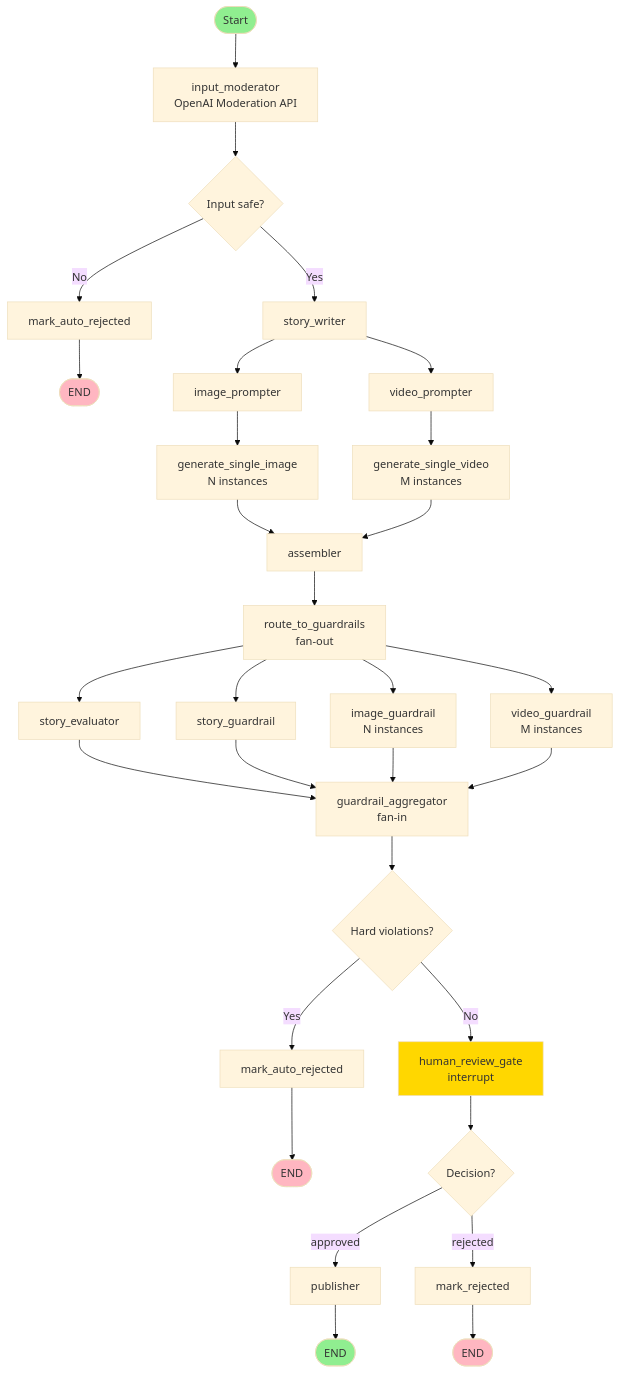
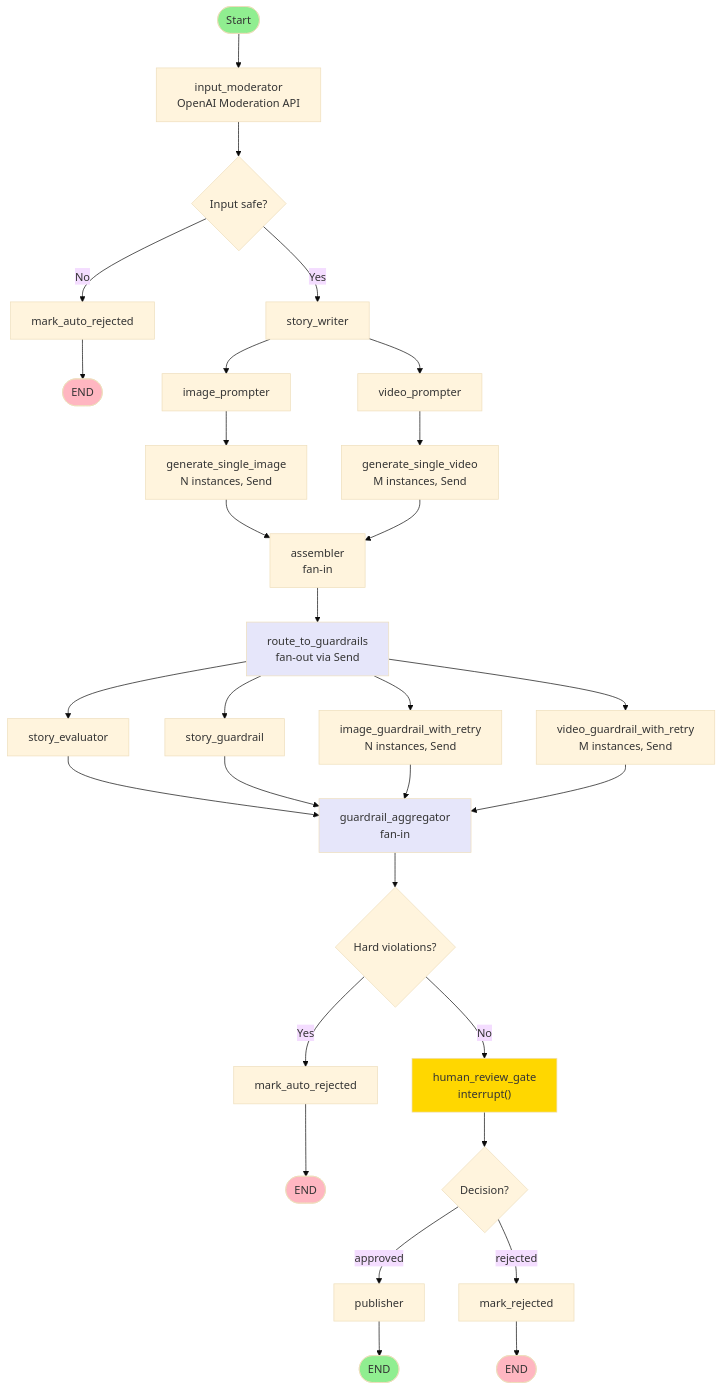
Before and after one commit to kanavkalra-in/kids_story_agent: the second of 2 diagrams in docs/architecture.md, drawn with Mermaid (base theme). The commit also changed other lines of this file and 3 other files, not shown here.

````diff
--- a/docs/architecture.md
+++ b/docs/architecture.md
@@ -76,47 +80,49 @@
 ```mermaid
 graph TB
     START([Start]) --> INPUT["input_moderator<br/>OpenAI Moderation API"]
     INPUT --> CHECK_INPUT{"Input safe?"}
     CHECK_INPUT -->|No| AUTO_REJECT1["mark_auto_rejected"]
     CHECK_INPUT -->|Yes| STORY["story_writer"]
     AUTO_REJECT1 --> END1([END])
     
     STORY --> IMG_PROMPT["image_prompter"]
     STORY --> VID_PROMPT["video_prompter"]
     
-    IMG_PROMPT --> IMG_GEN["generate_single_image<br/>N instances"]
-    VID_PROMPT --> VID_GEN["generate_single_video<br/>M instances"]
+    IMG_PROMPT --> IMG_GEN["generate_single_image<br/>N instances, Send"]
+    VID_PROMPT --> VID_GEN["generate_single_video<br/>M instances, Send"]
     
-    IMG_GEN --> ASSEMBLER["assembler"]
+    IMG_GEN --> ASSEMBLER["assembler<br/>fan-in"]
     VID_GEN --> ASSEMBLER
     
-    ASSEMBLER --> ROUTE["route_to_guardrails<br/>fan-out"]
+    ASSEMBLER --> ROUTE["route_to_guardrails<br/>fan-out via Send"]
     
     ROUTE --> EVAL["story_evaluator"]
     ROUTE --> STORY_GUARD["story_guardrail"]
-    ROUTE --> IMG_GUARD["image_guardrail<br/>N instances"]
-    ROUTE --> VID_GUARD["video_guardrail<br/>M instances"]
+    ROUTE --> IMG_GUARD["image_guardrail_with_retry<br/>N instances, Send"]
+    ROUTE --> VID_GUARD["video_guardrail_with_retry<br/>M instances, Send"]
     
     EVAL --> AGGREGATOR["guardrail_aggregator<br/>fan-in"]
     STORY_GUARD --> AGGREGATOR
     IMG_GUARD --> AGGREGATOR
     VID_GUARD --> AGGREGATOR
     
     AGGREGATOR --> CHECK_VIOLATIONS{"Hard violations?"}
     CHECK_VIOLATIONS -->|Yes| AUTO_REJECT2["mark_auto_rejected"]
-    CHECK_VIOLATIONS -->|No| REVIEW["human_review_gate<br/>interrupt"]
+    CHECK_VIOLATIONS -->|No| REVIEW["human_review_gate<br/>interrupt()"]
     AUTO_REJECT2 --> END2([END])
     
     REVIEW --> CHECK_DECISION{"Decision?"}
     CHECK_DECISION -->|approved| PUBLISHER["publisher"]
     CHECK_DECISION -->|rejected| REJECT["mark_rejected"]
     PUBLISHER --> END3([END])
     REJECT --> END4([END])
     
     style START fill:#90EE90
     style END1 fill:#FFB6C1
     style END2 fill:#FFB6C1
     style END3 fill:#90EE90
     style END4 fill:#FFB6C1
     style REVIEW fill:#FFD700
+    style ROUTE fill:#E6E6FA
+    style AGGREGATOR fill:#E6E6FA
 ```
````
